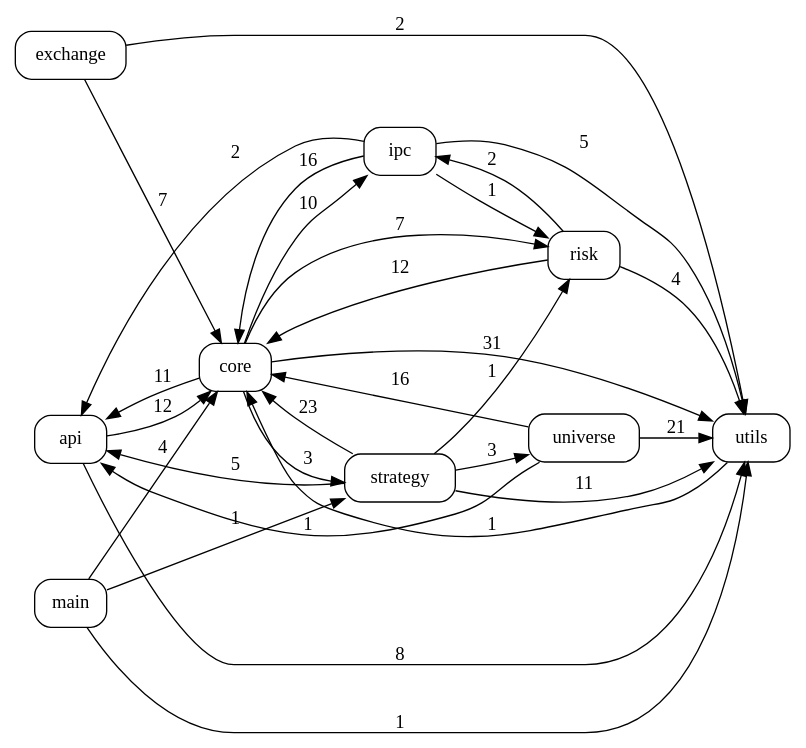
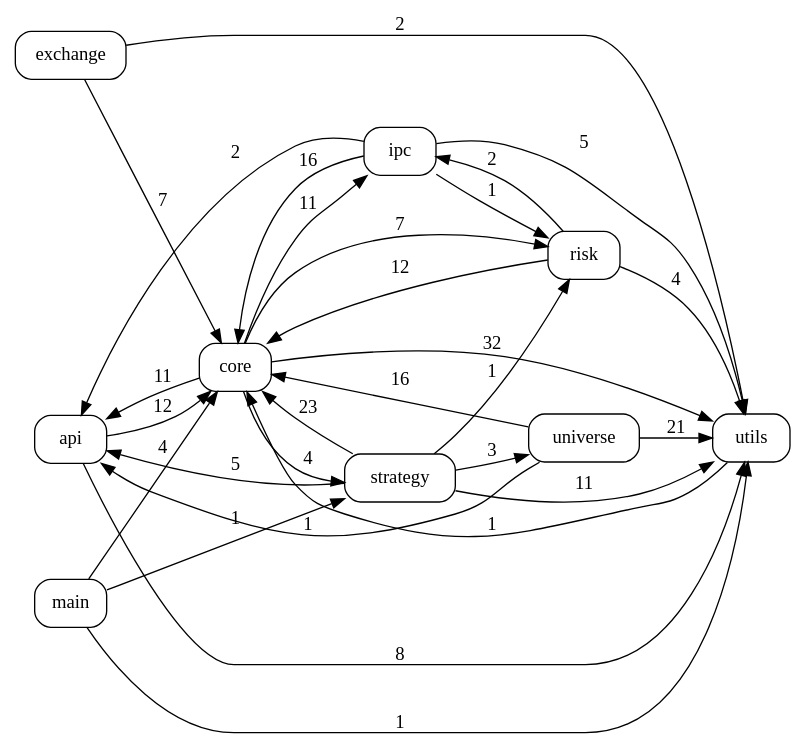
One commit to pypy8171/Quant changed the diagram in docs/code_graph.dot. Above: the diagram before and after it, drawn with Graphviz. The commit also changed 17 other files, not shown here.

```diff
--- a/docs/code_graph.dot
+++ b/docs/code_graph.dot
@@ -1,41 +1,41 @@
 digraph code_graph {
   rankdir=LR;
   node [shape=box, style=rounded, fontname="Consolas"];
   "api";
   "core";
   "exchange";
   "ipc";
   "main";
   "risk";
   "strategy";
   "universe";
   "utils";
   "api" -> "core" [label="12"];
   "api" -> "utils" [label="8"];
   "core" -> "api" [label="11"];
-  "core" -> "ipc" [label="10"];
+  "core" -> "ipc" [label="11"];
   "core" -> "risk" [label="7"];
-  "core" -> "strategy" [label="3"];
-  "core" -> "utils" [label="31"];
+  "core" -> "strategy" [label="4"];
+  "core" -> "utils" [label="32"];
   "exchange" -> "core" [label="7"];
   "exchange" -> "utils" [label="2"];
   "ipc" -> "api" [label="2"];
   "ipc" -> "core" [label="16"];
   "ipc" -> "risk" [label="1"];
   "ipc" -> "utils" [label="5"];
   "main" -> "core" [label="4"];
   "main" -> "strategy" [label="1"];
   "main" -> "utils" [label="1"];
   "risk" -> "core" [label="12"];
   "risk" -> "ipc" [label="2"];
   "risk" -> "utils" [label="4"];
   "strategy" -> "api" [label="5"];
   "strategy" -> "core" [label="23"];
   "strategy" -> "risk" [label="1"];
   "strategy" -> "universe" [label="3"];
   "strategy" -> "utils" [label="11"];
   "universe" -> "api" [label="1"];
   "universe" -> "core" [label="16"];
   "universe" -> "utils" [label="21"];
   "utils" -> "core" [label="1"];
 }
```
